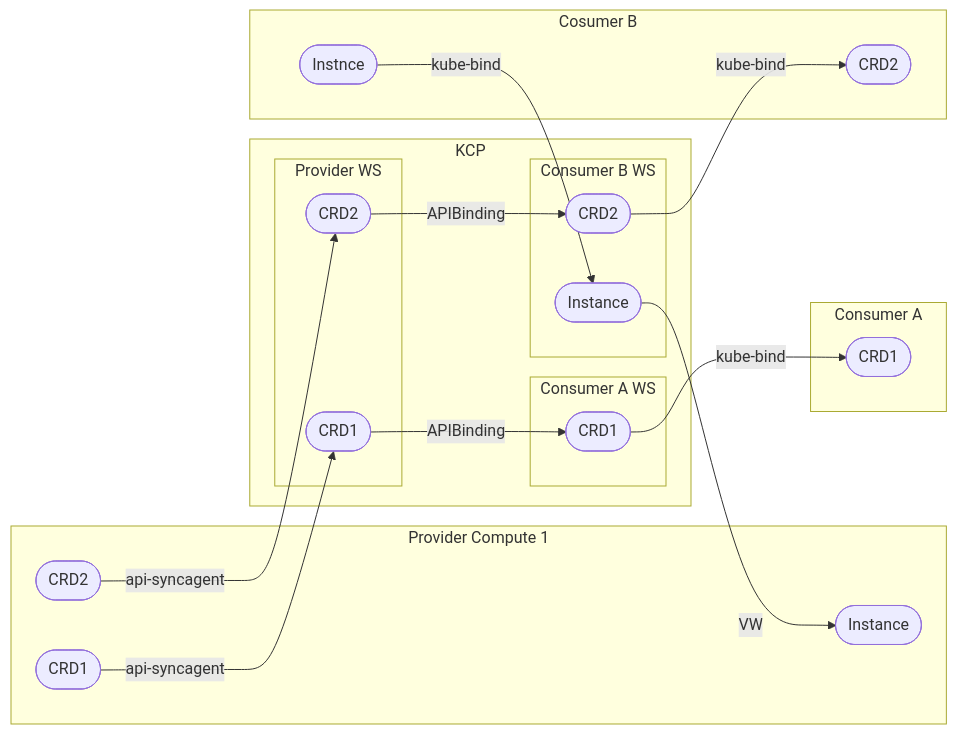
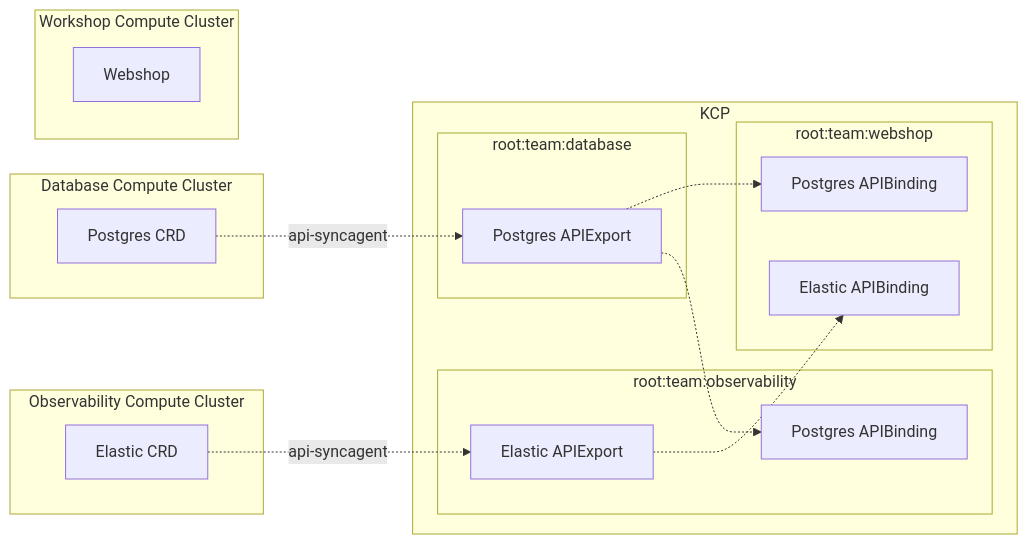
One commit to platform-mesh/platform-mesh.github.io changed the second of 4 diagrams in scenarios/provider-to-consumer.md. Above: the diagram before and after it, drawn with Mermaid. The commit also changed other lines of this file, not shown here.

````diff
--- a/scenarios/provider-to-consumer.md
+++ b/scenarios/provider-to-consumer.md
@@ -59,48 +62,36 @@
 ```mermaid
 flowchart LR
 
-    subgraph PC1[Provider Compute 1]
-        providerCRD1([CRD1])
-        providerCRD2([CRD2])
-        instancep1([Instance])
+subgraph KCP
+    subgraph KCP_DB[root:team:database]
+        PGExport[Postgres APIExport]
     end
 
+    subgraph KCP_Obs[root:team:observability]
+        PGBindingObs[Postgres APIBinding]
+        ElasticExport[Elastic APIExport]
+    end
+    PGExport -.-> PGBindingObs
 
-    providerCRD1 --> |api-syncagent| providerwsCRD1
-    providerCRD2 --> |api-syncagent| providerwsCRD2
+    subgraph KCP_WS[root:team:webshop]
+        ElasticBinding[Elastic APIBinding]
+        PGBindingWS[Postgres APIBinding]
+    end
+    PGExport -.-> PGBindingWS
+    ElasticExport -.-> ElasticBinding
+end
 
-    subgraph KCP
-        subgraph PWS[Provider WS]
-            providerwsCRD1([CRD1])
-            providerwsCRD2([CRD2])
-        end
+subgraph DBCompute[Database Compute Cluster]
+    PGCRD[Postgres CRD]
+    PGCRD -.-> |api-syncagent| PGExport
+end
 
-        subgraph CAWS[Consumer A WS]
-            consumerawsCRD1([CRD1])
-        end
+subgraph ObsCompute[Observability Compute Cluster]
+    ElasticCRD[Elastic CRD]
+    ElasticCRD -.-> |api-syncagent| ElasticExport
+end
 
-        providerwsCRD1 --> |APIBinding| consumerawsCRD1
-
-        subgraph CBWS[Consumer B WS]
-            consumerbwsCRD2([CRD2])
-            instancews1([Instance])
-        end
-
-        providerwsCRD2 --> |APIBinding| consumerbwsCRD2
-        instancews1 --> |VW| instancep1
-    end
-
-    consumerawsCRD1 --> |kube-bind| consumeraCRD1
-
-    subgraph CA[Consumer A]
-        consumeraCRD1([CRD1])
-    end
-
-    consumerbwsCRD2 --> |kube-bind| consumerbCRD2
-    instanceb1 --> |kube-bind| instancews1
-
-    subgraph CB[Cosumer B]
-        consumerbCRD2([CRD2])
-        instanceb1([Instnce])
-    end
+subgraph WSCompute[Workshop Compute Cluster]
+    Webshop
+end
 ```
````
